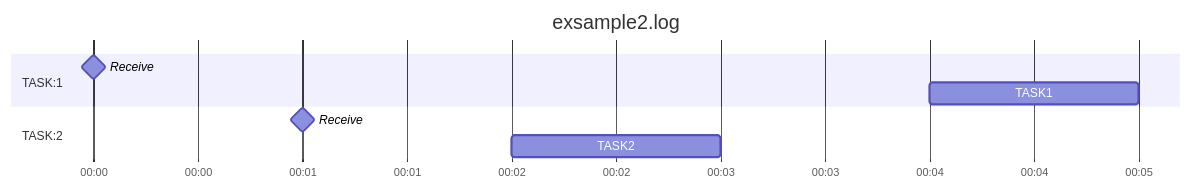
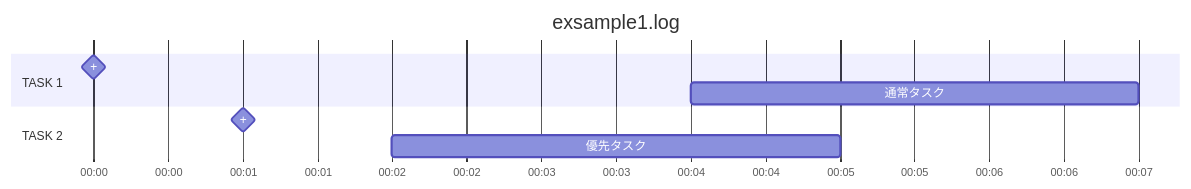
One commit to suzukimitsuru/vscode-log-to-gantt changed the first of 2 diagrams in README.md. Above: the diagram before and after it, drawn with Mermaid. The commit also changed other lines of this file and 9 other files, not shown here.

Commit message:
1.0.0 - ログファイルを切り替える度に、Ganttパネルの内容を更新する。 - 検索条件の精査   - バーの開始と終了を１つにまとめる。   - タイトルの条件を追加する。

````diff
--- a/README.md
+++ b/README.md
@@ -19,14 +29,14 @@
-  ``` mermaid
-  gantt
-  title exsample2.log
+``` mermaid
+gantt
+  title exsample1.log
   dateFormat HH:mm
   axisFormat %H:%M
   todayMarker off
 
-  section TASK:1
-    Receive: milestone, 00:00, 0m
-    TASK1: 00:04, 00:05
-  section TASK:2
-    Receive: milestone, 00:01, 0m
-    TASK2: 00:02, 00:03
-  ```
+  section TASK 1
+    +: milestone, 00:00, 0m
+    通常タスク: 00:04, 00:07
+  section TASK 2
+    +: milestone, 00:01, 0m
+    優先タスク: 00:02, 00:05
+```
````
